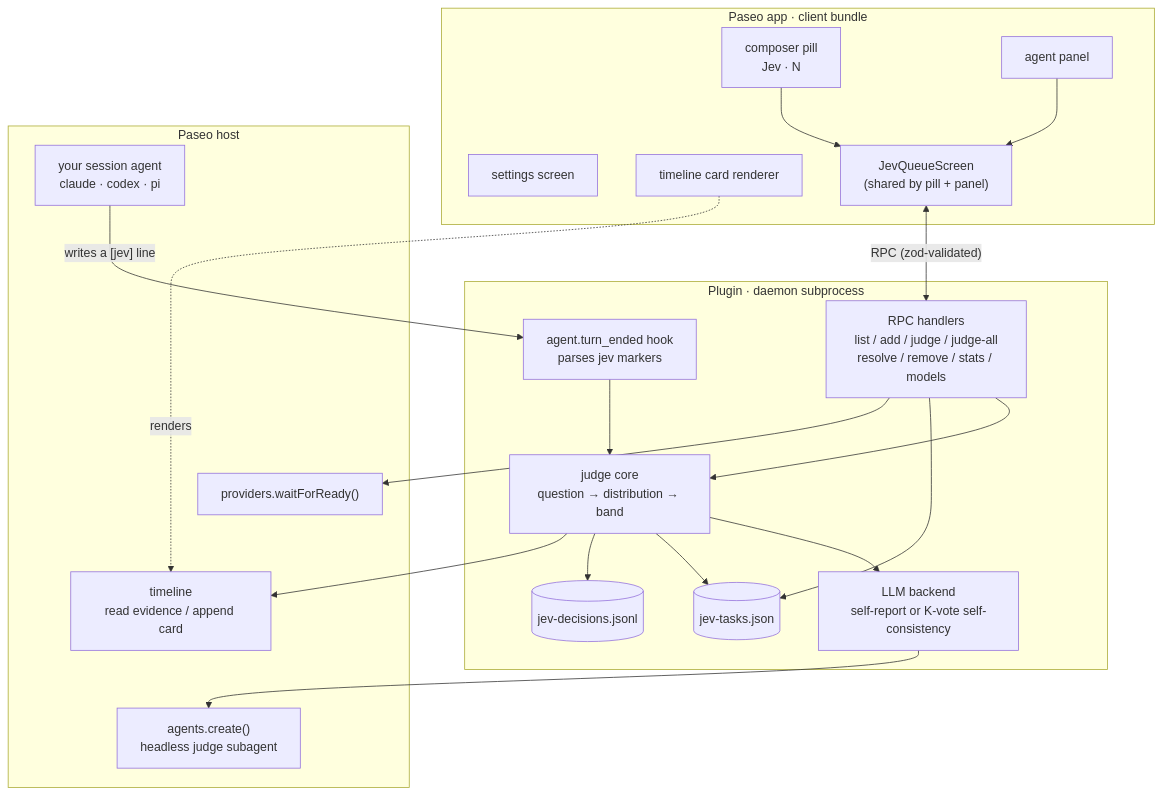
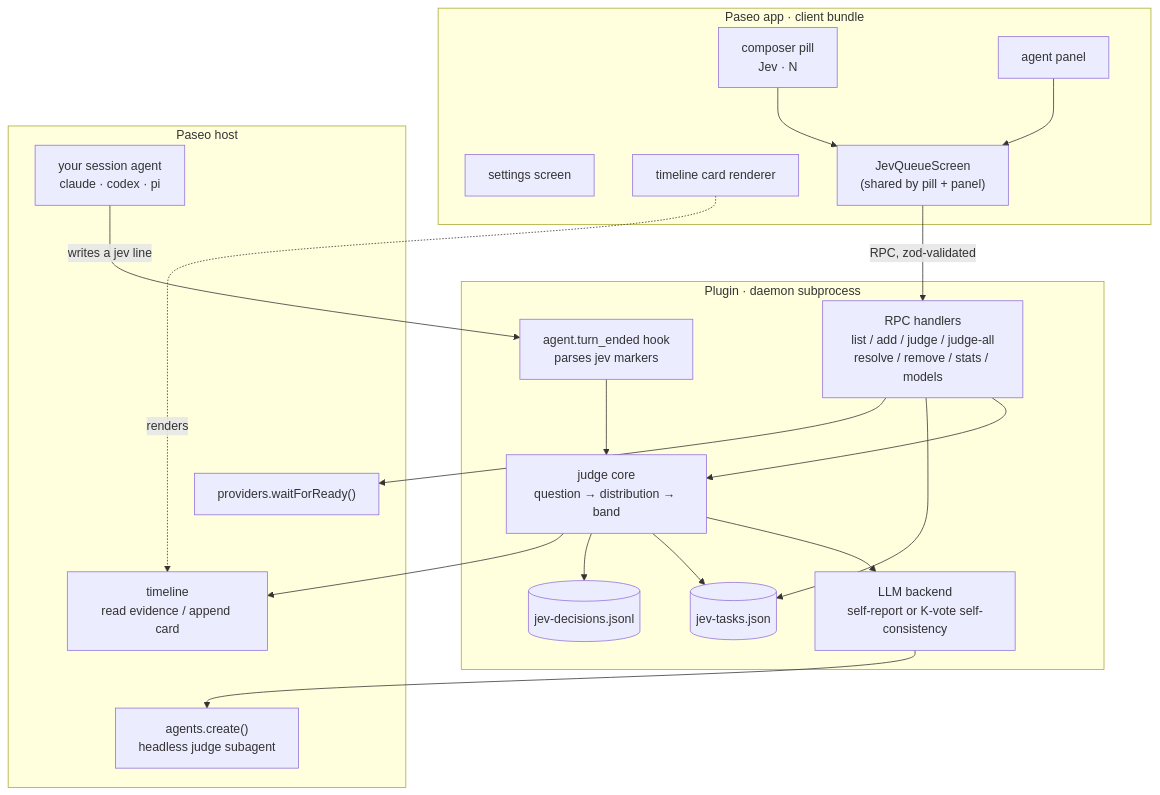
One commit to hypnguyen1209/jev-paseo changed the first of 3 diagrams in README.md. Above: the diagram before and after it, drawn with Mermaid.

Commit message:
docs: fix mermaid render error in architecture diagram
GitHub failed the "How it fits together" flowchart with "Could not find a
suitable point for the given distance". The cause was the bidirectional
labeled edge queue <-->|...| rpc: dual arrowheads overshoot the label
placement on the short cross-subgraph path. Make it a single directed edge
(client initiates the RPC) and drop bracket chars from edge labels.

````diff
--- a/README.md
+++ b/README.md
@@ -23,41 +23,41 @@
 ```mermaid
 flowchart TB
   subgraph app["Paseo app · client bundle"]
     pill["composer pill<br/>Jev · N"]
     panel["agent panel"]
     setg["settings screen"]
     card["timeline card renderer"]
     queue["JevQueueScreen<br/>(shared by pill + panel)"]
     pill --> queue
     panel --> queue
   end
 
   subgraph plug["Plugin · daemon subprocess"]
     rpc["RPC handlers<br/>list / add / judge / judge-all<br/>resolve / remove / stats / models"]
     hook["agent.turn_ended hook<br/>parses jev markers"]
     core["judge core<br/>question → distribution → band"]
     be["LLM backend<br/>self-report or K-vote self-consistency"]
     store[("jev-tasks.json")]
     logf[("jev-decisions.jsonl")]
     rpc --> core
     hook --> core
     core --> be
     rpc --> store
     core --> store
     core --> logf
   end
 
   subgraph host["Paseo host"]
     prov["providers.waitForReady()"]
     sub["agents.create()<br/>headless judge subagent"]
     tl["timeline<br/>read evidence / append card"]
     sess["your session agent<br/>claude · codex · pi"]
   end
 
-  queue <-->|"RPC (zod-validated)"| rpc
+  queue -->|"RPC, zod-validated"| rpc
   rpc --> prov
   be --> sub
   core --> tl
   card -.->|renders| tl
-  sess -->|"writes a [jev] line"| hook
+  sess -->|"writes a jev line"| hook
 ```
````
